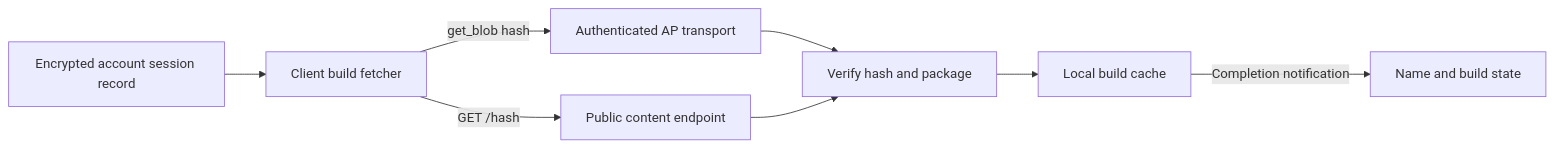
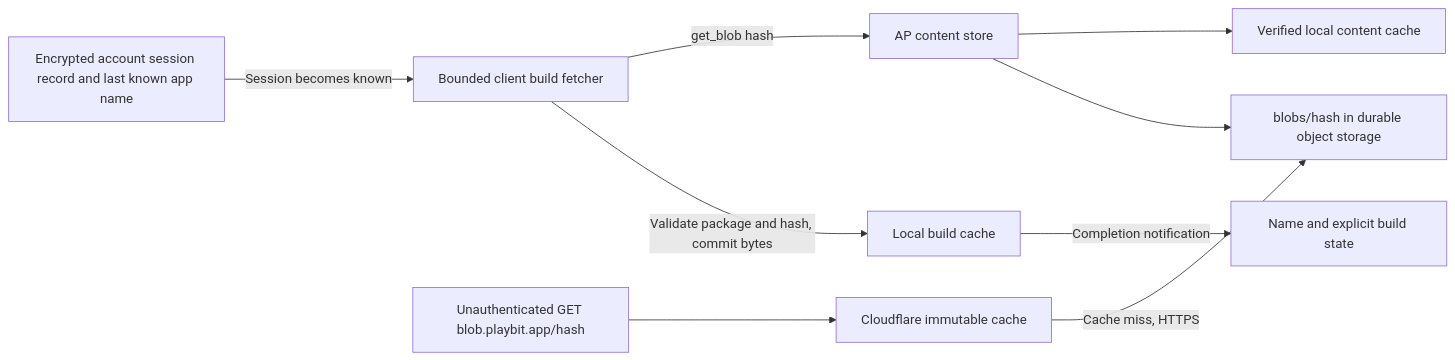
Diagram 22 of 22 in playbit/src/network/ap/protocol.md (playbit/playbit), drawn with Mermaid before and after one commit. The commit also changed other lines of this file and 52 other files, not shown here.

````diff
--- a/playbit/src/network/ap/protocol.md
+++ b/playbit/src/network/ap/protocol.md
@@ -1759,10 +1786,11 @@
 ```mermaid
 flowchart LR
-    Session[Encrypted account session record] --> Fetch[Client build fetcher]
-    Fetch -->|get_blob hash| AP[Authenticated AP transport]
-    Fetch -->|GET /hash| HTTP[Public content endpoint]
-    AP --> Verify[Verify hash and package]
-    HTTP --> Verify
-    Verify --> Local[Local build cache]
-    Local -->|Completion notification| Sidebar[Name and build state]
+    Session[Encrypted account session record and last known app name] -->|Session becomes known| Cache[Bounded client build fetcher]
+    Cache -->|get_blob hash| AP[AP content store]
+    HTTP[Unauthenticated GET blob.playbit.app/hash] --> Edge[Cloudflare immutable cache]
+    Edge -->|Cache miss, HTTPS| Backing
+    AP --> Disk[Verified local content cache]
+    AP --> Backing[blobs/hash in durable object storage]
+    Cache -->|Validate package and hash, commit bytes| Local[Local build cache]
+    Local -->|Completion notification| Sidebar[Name and explicit build state]
 ```
````
